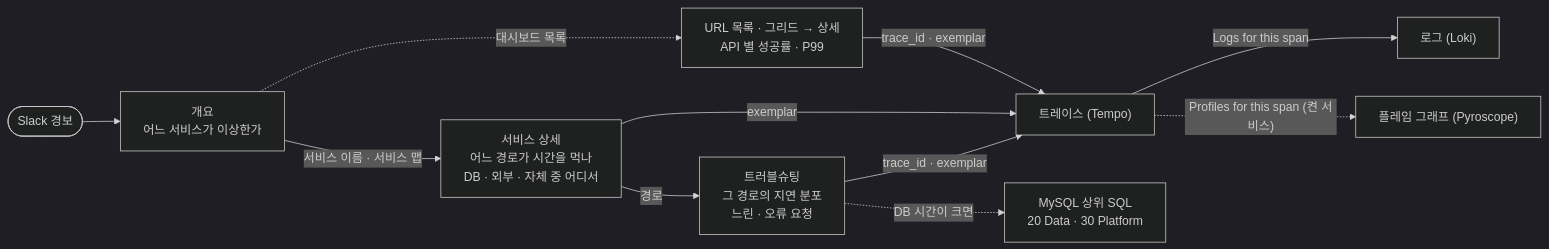
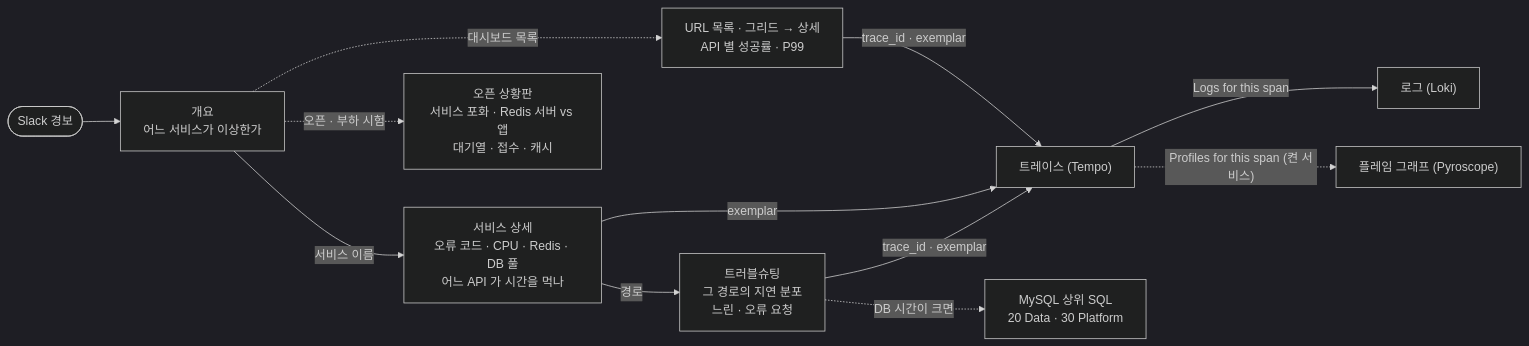
One commit to Grandis-2/nova-infra changed the third of 4 diagrams in terraform/aws/monitoring/lgtm/nova_apnortheast2/config/README.md. Above: the diagram before and after it, drawn with Mermaid (dark theme). The commit also changed other lines of this file and 3 other files, not shown here.

Commit message:
feat(lgtm): 개요는 '지금 문제 · 어느 서비스'만, 서비스 상세는 원인 추적 줄과 API 호출 수로 다시 짠다 (NV-775)

````diff
--- a/terraform/aws/monitoring/lgtm/nova_apnortheast2/config/README.md
+++ b/terraform/aws/monitoring/lgtm/nova_apnortheast2/config/README.md
@@ -155,13 +155,14 @@
 ```mermaid
 flowchart LR
   alert(["Slack 경보"]) --> ov["개요<br/>어느 서비스가 이상한가"]
-  ov -- "서비스 이름 · 서비스 맵" --> svc["서비스 상세<br/>어느 경로가 시간을 먹나<br/>DB · 외부 · 자체 중 어디서"]
+  ov -- "서비스 이름" --> svc["서비스 상세<br/>오류 코드 · CPU · Redis · DB 풀<br/>어느 API 가 시간을 먹나"]
+  ov -. "오픈 · 부하 시험" .-> open["오픈 상황판<br/>서비스 포화 · Redis 서버 vs 앱<br/>대기열 · 접수 · 캐시"]
   svc -- "경로" --> ts["트러블슈팅<br/>그 경로의 지연 분포<br/>느린 · 오류 요청"]
   ov -. "대시보드 목록" .-> url["URL 목록 · 그리드 → 상세<br/>API 별 성공률 · P99"]
   url -- "trace_id · exemplar" --> trace
   svc -- "exemplar" --> trace["트레이스 (Tempo)"]
   ts -- "trace_id · exemplar" --> trace
   trace -- "Logs for this span" --> log["로그 (Loki)"]
   trace -. "Profiles for this span (켠 서비스)" .-> prof["플레임 그래프 (Pyroscope)"]
   ts -. "DB 시간이 크면" .-> data["MySQL 상위 SQL<br/>20 Data · 30 Platform"]
 ```
````
